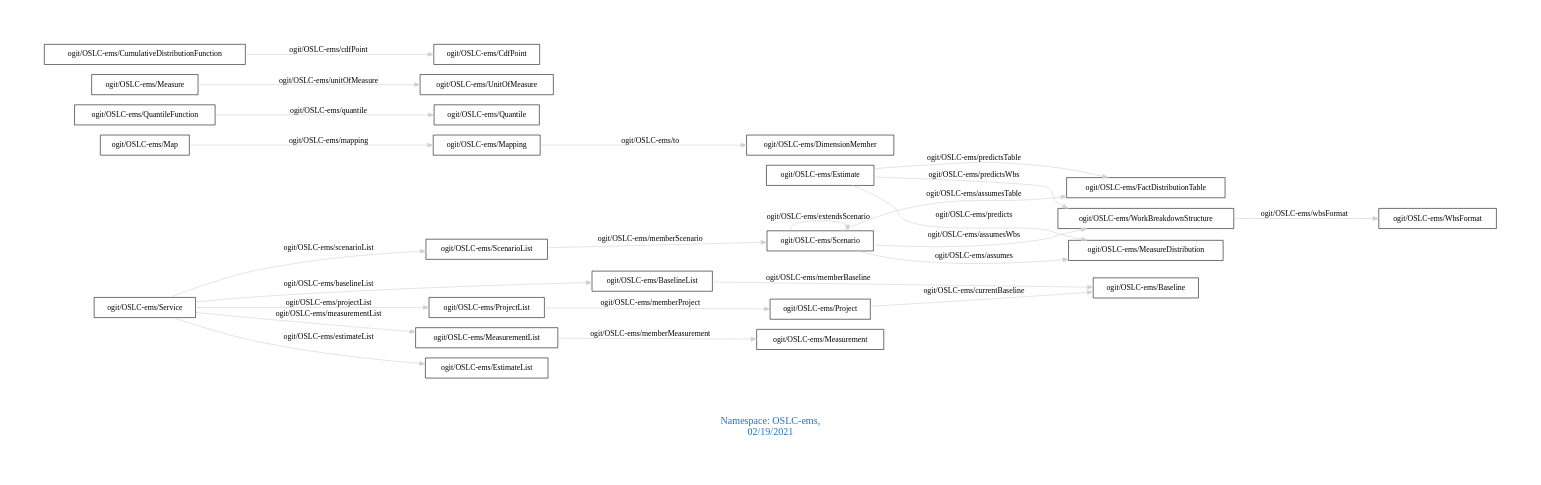
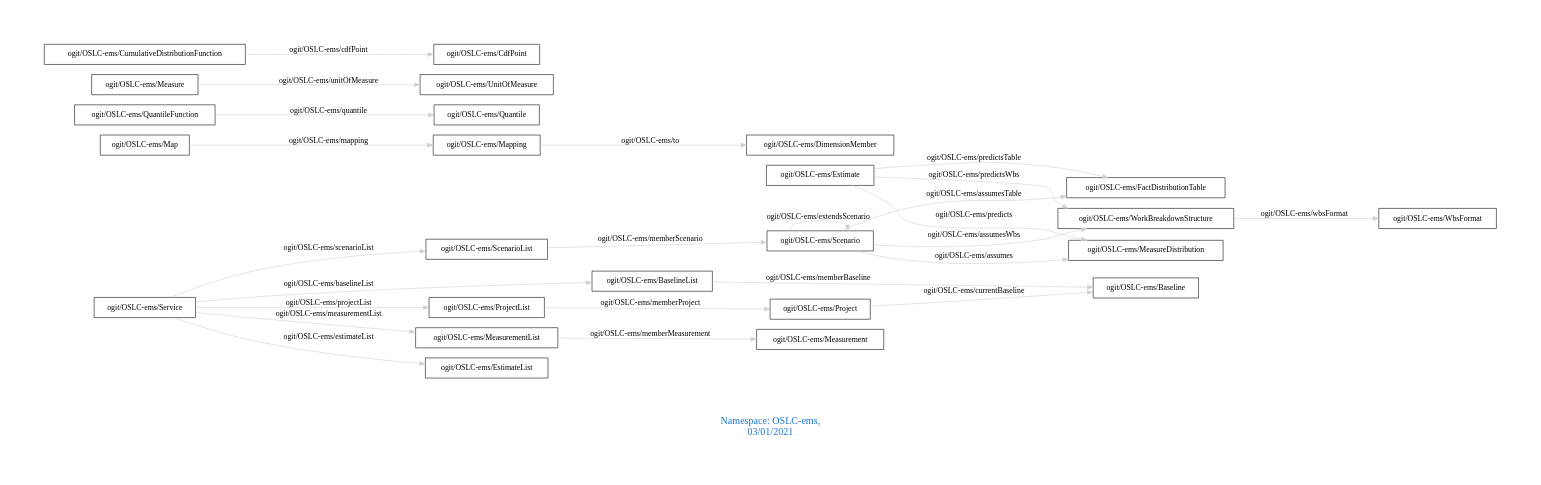
Before and after one commit to arago/OGIT: the diagram in downloads/OSLC-ems.dot, drawn with Graphviz. The commit also changed 1845 other files, not shown here.

```diff
--- a/downloads/OSLC-ems.dot
+++ b/downloads/OSLC-ems.dot
@@ -1,31 +1,31 @@
 digraph OGIT_ontology {
  graph [ rankdir= LR,pad=1 
 fontsize = 18,
-fontcolor= dodgerblue3,label = "\n\n\nNamespace: OSLC-ems, \n 02/19/2021"];
+fontcolor= dodgerblue3,label = "\n\n\nNamespace: OSLC-ems, \n 03/01/2021"];
 node[shape=polygon];
 edge [  color="gray81"];
 
    "ogit/OSLC-ems/Estimate" -> "ogit/OSLC-ems/MeasureDistribution" [label="   ogit/OSLC-ems/predicts    "];
    "ogit/OSLC-ems/Mapping" -> "ogit/OSLC-ems/DimensionMember" [label="   ogit/OSLC-ems/to    "];
    "ogit/OSLC-ems/Service" -> "ogit/OSLC-ems/ProjectList" [label="   ogit/OSLC-ems/projectList    "];
    "ogit/OSLC-ems/QuantileFunction" -> "ogit/OSLC-ems/Quantile" [label="   ogit/OSLC-ems/quantile    "];
    "ogit/OSLC-ems/Service" -> "ogit/OSLC-ems/ScenarioList" [label="   ogit/OSLC-ems/scenarioList    "];
    "ogit/OSLC-ems/Measure" -> "ogit/OSLC-ems/UnitOfMeasure" [label="   ogit/OSLC-ems/unitOfMeasure    "];
    "ogit/OSLC-ems/ScenarioList" -> "ogit/OSLC-ems/Scenario" [label="   ogit/OSLC-ems/memberScenario    "];
    "ogit/OSLC-ems/Estimate" -> "ogit/OSLC-ems/FactDistributionTable" [label="   ogit/OSLC-ems/predictsTable    "];
    "ogit/OSLC-ems/BaselineList" -> "ogit/OSLC-ems/Baseline" [label="   ogit/OSLC-ems/memberBaseline    "];
    "ogit/OSLC-ems/Scenario" -> "ogit/OSLC-ems/WorkBreakdownStructure" [label="   ogit/OSLC-ems/assumesWbs    "];
    "ogit/OSLC-ems/CumulativeDistributionFunction" -> "ogit/OSLC-ems/CdfPoint" [label="   ogit/OSLC-ems/cdfPoint    "];
    "ogit/OSLC-ems/Project" -> "ogit/OSLC-ems/Baseline" [label="   ogit/OSLC-ems/currentBaseline    "];
    "ogit/OSLC-ems/ProjectList" -> "ogit/OSLC-ems/Project" [label="   ogit/OSLC-ems/memberProject    "];
    "ogit/OSLC-ems/Service" -> "ogit/OSLC-ems/BaselineList" [label="   ogit/OSLC-ems/baselineList    "];
    "ogit/OSLC-ems/Estimate" -> "ogit/OSLC-ems/WorkBreakdownStructure" [label="   ogit/OSLC-ems/predictsWbs    "];
    "ogit/OSLC-ems/Map" -> "ogit/OSLC-ems/Mapping" [label="   ogit/OSLC-ems/mapping    "];
    "ogit/OSLC-ems/MeasurementList" -> "ogit/OSLC-ems/Measurement" [label="   ogit/OSLC-ems/memberMeasurement    "];
    "ogit/OSLC-ems/Service" -> "ogit/OSLC-ems/MeasurementList" [label="   ogit/OSLC-ems/measurementList    "];
    "ogit/OSLC-ems/WorkBreakdownStructure" -> "ogit/OSLC-ems/WbsFormat" [label="   ogit/OSLC-ems/wbsFormat    "];
    "ogit/OSLC-ems/Service" -> "ogit/OSLC-ems/EstimateList" [label="   ogit/OSLC-ems/estimateList    "];
    "ogit/OSLC-ems/Scenario" -> "ogit/OSLC-ems/MeasureDistribution" [label="   ogit/OSLC-ems/assumes    "];
    "ogit/OSLC-ems/Scenario" -> "ogit/OSLC-ems/FactDistributionTable" [label="   ogit/OSLC-ems/assumesTable    "];
    "ogit/OSLC-ems/Scenario" -> "ogit/OSLC-ems/Scenario" [label="   ogit/OSLC-ems/extendsScenario    "];
 }
```
